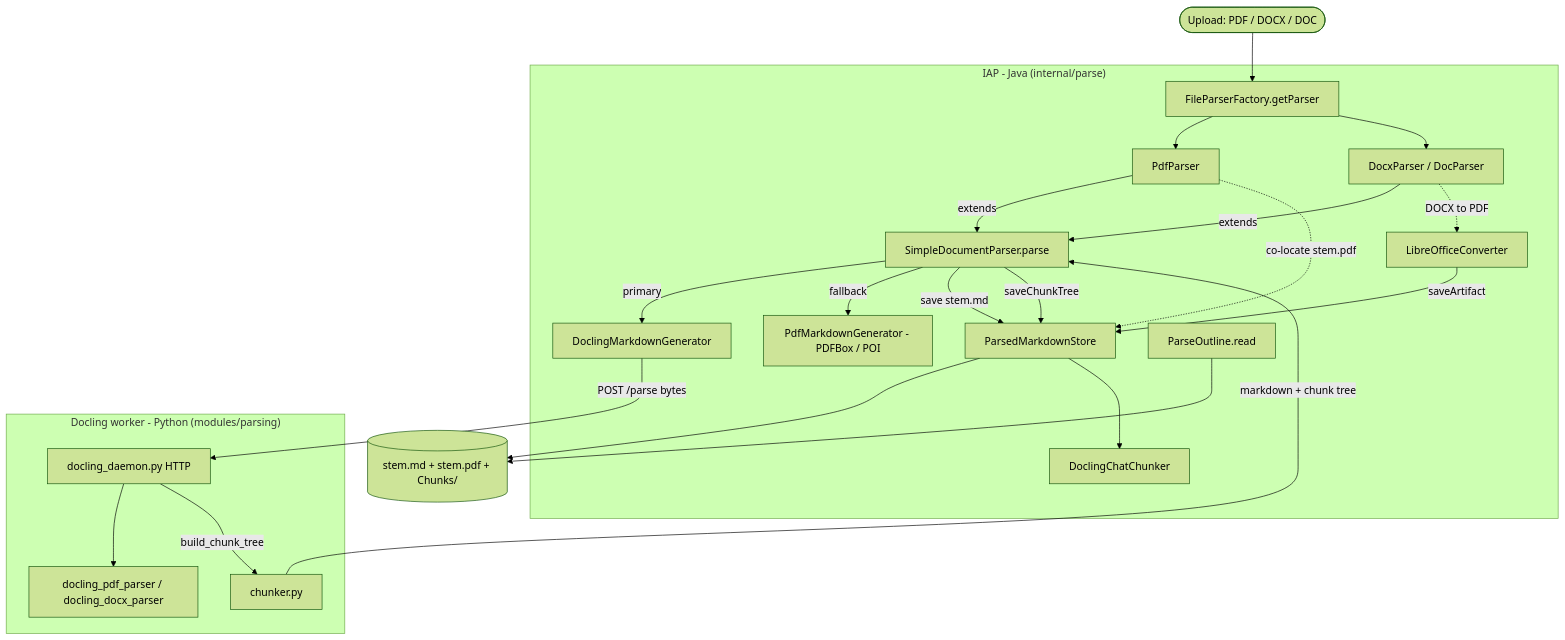
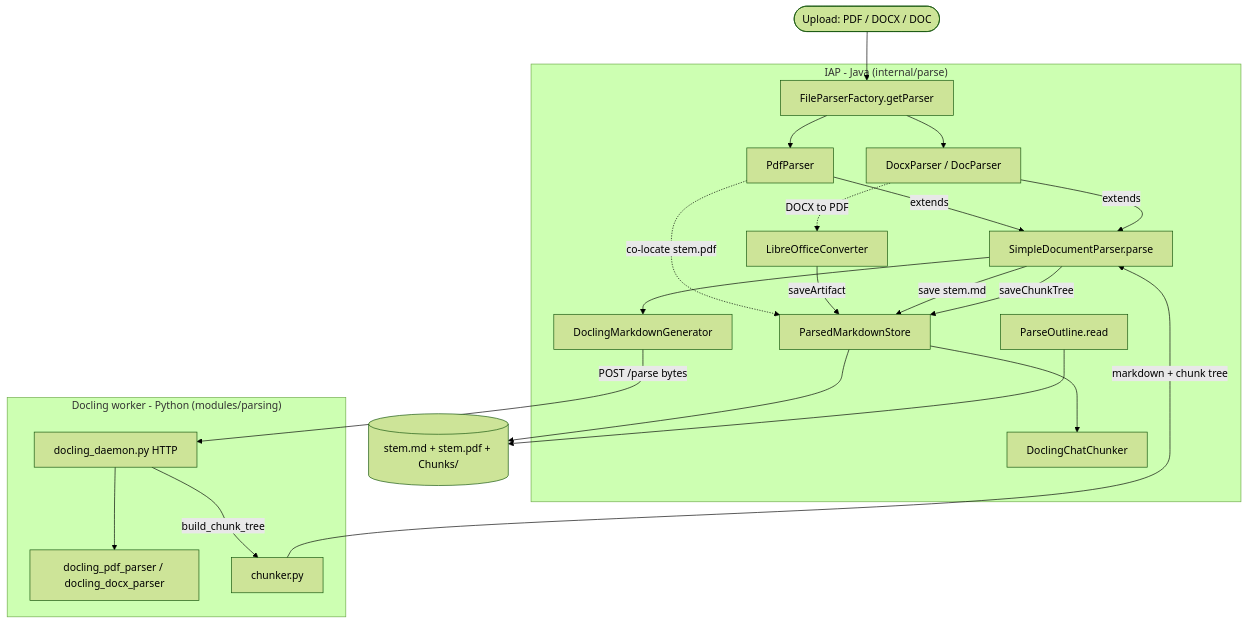
One commit to data-team-uhn/cards changed the first of 3 diagrams in Utilities/Parsing/prompts/PARSING_PIPELINE.md. Above: the diagram before and after it, drawn with Mermaid (forest theme). The commit also changed other lines of this file and 27 other files, not shown here.

Commit message:
[parsing] Removed Apache POI/PDFBox fallback

````diff
--- a/Utilities/Parsing/prompts/PARSING_PIPELINE.md
+++ b/Utilities/Parsing/prompts/PARSING_PIPELINE.md
@@ -15,45 +15,43 @@
 ```mermaid
 flowchart TB
     U(["Upload: PDF / DOCX / DOC"])
 
     subgraph Java["IAP - Java (internal/parse)"]
         FPF["FileParserFactory.getParser"]
         SDP["SimpleDocumentParser.parse"]
         PP["PdfParser"]
         DXP["DocxParser / DocParser"]
         DMG["DoclingMarkdownGenerator"]
-        PBX["PdfMarkdownGenerator - PDFBox / POI"]
         LOC["LibreOfficeConverter"]
         PMS["ParsedMarkdownStore"]
         DCC["DoclingChatChunker"]
         PO["ParseOutline.read"]
     end
 
     subgraph Py["Docling worker - Python (modules/parsing)"]
         DAEMON["docling_daemon.py HTTP"]
         GEN["docling_pdf_parser / docling_docx_parser"]
         CF["chunker.py"]
     end
 
     ART[("stem.md + stem.pdf + Chunks/")]
 
     U --> FPF
     FPF --> PP
     FPF --> DXP
     PP -->|extends| SDP
     DXP -->|extends| SDP
-    SDP -->|primary| DMG
-    SDP -->|fallback| PBX
+    SDP --> DMG
     PP -.->|co-locate stem.pdf| PMS
     DXP -.->|DOCX to PDF| LOC
     LOC -->|saveArtifact| PMS
     DMG -->|POST /parse bytes| DAEMON
     DAEMON --> GEN
     DAEMON -->|build_chunk_tree| CF
     CF -->|markdown + chunk tree| SDP
     SDP -->|save stem.md| PMS
     SDP -->|saveChunkTree| PMS
     PMS --> ART
     PMS --> DCC
     PO --> ART
 ```
````
